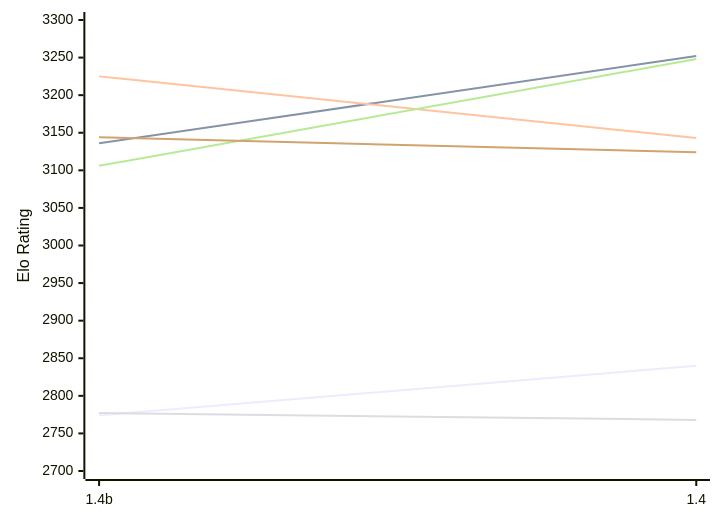
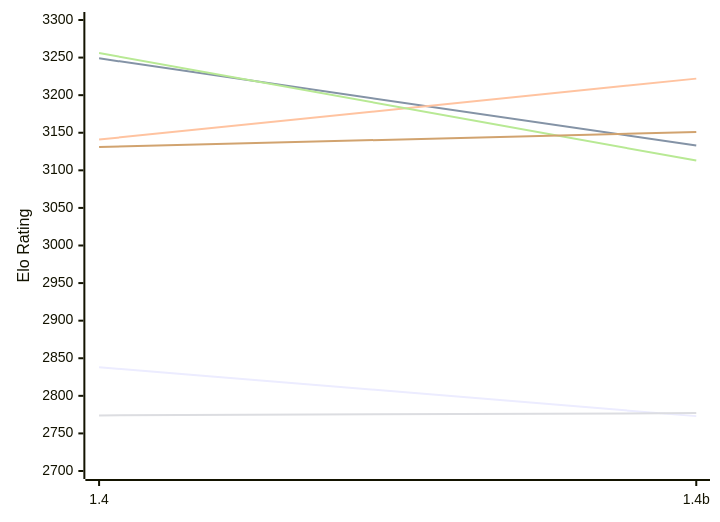
The first of 2 diagrams in engines/Chessnix.md (computer-chess-index/cci), drawn with Mermaid before and after one commit. The commit also changed other lines of this file, not shown here.

Commit message:
Update CCI Ratings (ELO VLTC) - 2026-11-23

````diff
--- a/engines/Chessnix.md
+++ b/engines/Chessnix.md
@@ -52,12 +52,12 @@
 ```mermaid
 %%{init: {"theme":"base","themeVariables":{"seriesColors:['#a3a3a3','#222221','#faa371']}}}%%
 xychart-beta
-  x-axis ["1.4b", "1.4"]
+  x-axis ["1.4", "1.4b"]
   y-axis "Elo Rating" 2700 --> 3300
-  line "E1: STC (8.0+0.08s)" [2774, 2840]
-  line "E1: LTC (60.0+0.60s)" [3136, 3252]
-  line "E1: VLTC (2m24s+1.12s)" [3225, 3143]
-  line "P1: STC (8.0+0.08s)" [2777, 2768]
-  line "P1: LTC (60.0+0.60s)" [3106, 3248]
-  line "P1: VLTC (2m24s+1.12s)" [3144, 3124]
+  line "E1: STC (8.0+0.08s)" [2838, 2773]
+  line "E1: LTC (60.0+0.60s)" [3249, 3133]
+  line "E1: VLTC (2m24s+1.12s)" [3141, 3222]
+  line "P1: STC (8.0+0.08s)" [2774, 2777]
+  line "P1: LTC (60.0+0.60s)" [3256, 3113]
+  line "P1: VLTC (2m24s+1.12s)" [3131, 3151]
 ```
````
